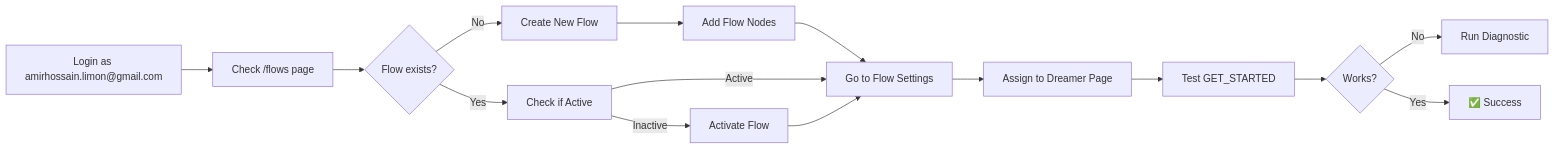
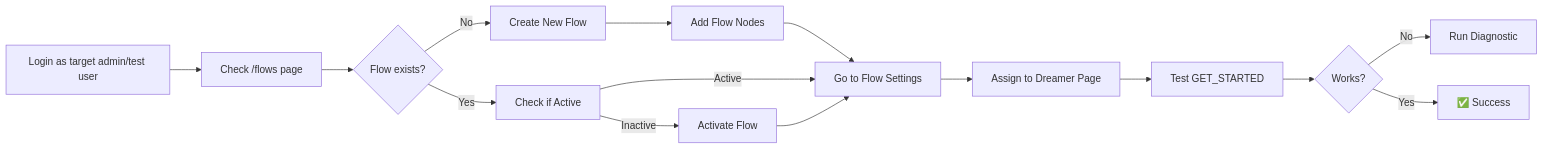
Before and after one commit to swopno1/replybase-saas: the diagram in extra/archive/diagnostics/FACEBOOK_DIAGNOSTIC_QUICKSTART.md, drawn with Mermaid. The commit also changed other lines of this file and 5 other files, not shown here.

Commit message:
feat: update diagnostic documentation to use generic target user references for improved clarity

````diff
--- a/extra/archive/diagnostics/FACEBOOK_DIAGNOSTIC_QUICKSTART.md
+++ b/extra/archive/diagnostics/FACEBOOK_DIAGNOSTIC_QUICKSTART.md
@@ -106,17 +106,17 @@
 ```mermaid
 graph LR
-    A[Login as amirhossain.limon@gmail.com] --> B[Check /flows page]
+  A[Login as target admin/test user] --> B[Check /flows page]
     B --> C{Flow exists?}
     C -->|No| D[Create New Flow]
     C -->|Yes| E[Check if Active]
     D --> F[Add Flow Nodes]
     F --> G[Go to Flow Settings]
     E -->|Inactive| H[Activate Flow]
     E -->|Active| G
     H --> G
     G --> I[Assign to Dreamer Page]
     I --> J[Test GET_STARTED]
     J --> K{Works?}
     K -->|No| L[Run Diagnostic]
     K -->|Yes| M[✅ Success]
 ```
````
